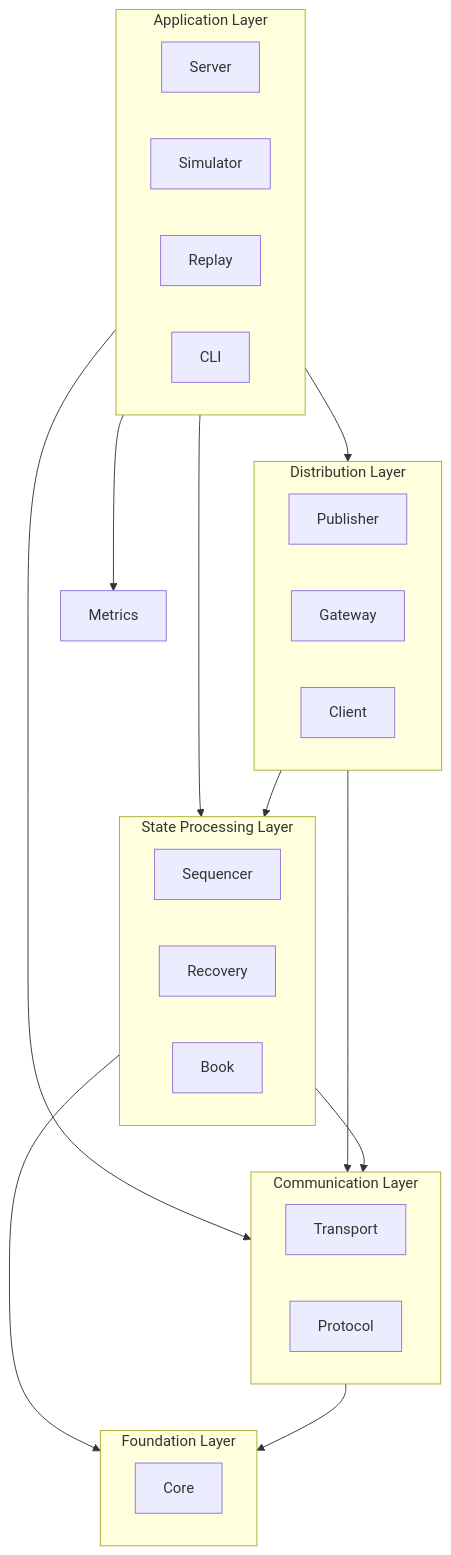
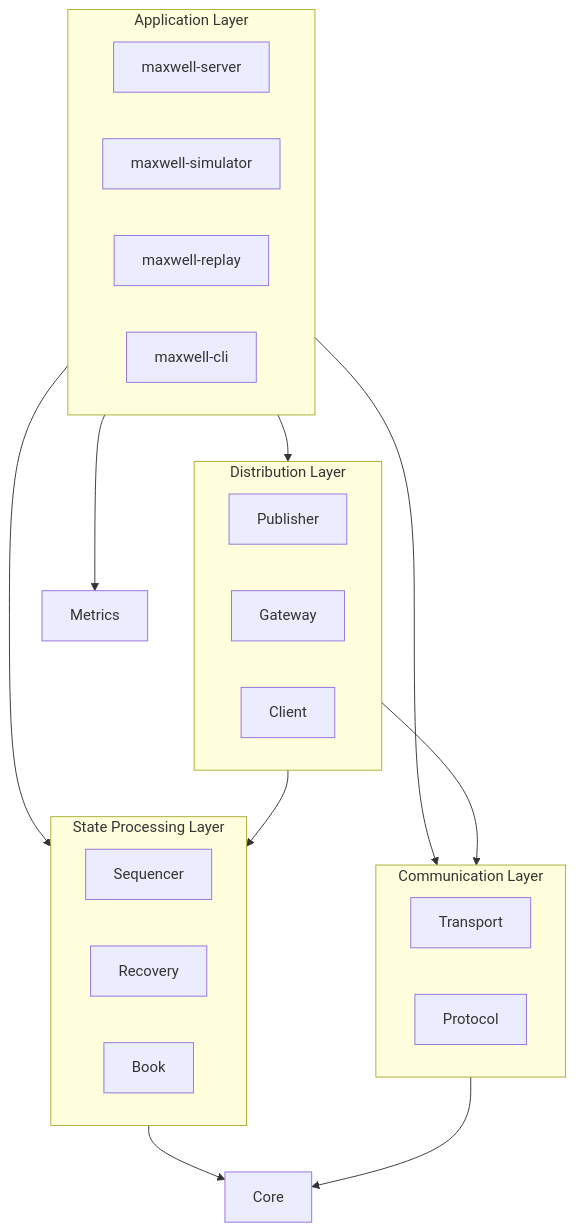
The second of 13 diagrams in docs/architecture.md (tembolo1284/maxwell), drawn with Mermaid before and after one commit. The commit also changed other lines of this file and 10 other files, not shown here.

````diff
--- a/docs/architecture.md
+++ b/docs/architecture.md
@@ -116,43 +123,39 @@
 ```mermaid
 flowchart TD
     subgraph APPS["Application Layer"]
-        SERVER["Server"]
-        SIM["Simulator"]
-        REPLAY["Replay"]
-        CLI["CLI"]
+        SERVER["maxwell-server"]
+        SIM["maxwell-simulator"]
+        REPLAY["maxwell-replay"]
+        CLI["maxwell-cli"]
     end
 
     subgraph DIST["Distribution Layer"]
         PUB["Publisher"]
         GW["Gateway"]
         CLIENT["Client"]
     end
 
     subgraph STATE["State Processing Layer"]
         SEQ["Sequencer"]
         REC["Recovery"]
         BOOK["Book"]
     end
 
     subgraph IO["Communication Layer"]
         TRANSPORT["Transport"]
         PROTOCOL["Protocol"]
     end
 
-    subgraph FOUNDATION["Foundation Layer"]
-        CORE["Core"]
-    end
-
+    CORE["Core"]
     METRICS["Metrics"]
 
     APPS --> DIST
     APPS --> STATE
     APPS --> IO
     APPS --> METRICS
 
     DIST --> STATE
     DIST --> IO
-    STATE --> IO
-    STATE --> FOUNDATION
-    IO --> FOUNDATION
+    STATE --> CORE
+    IO --> CORE
 ```
````
